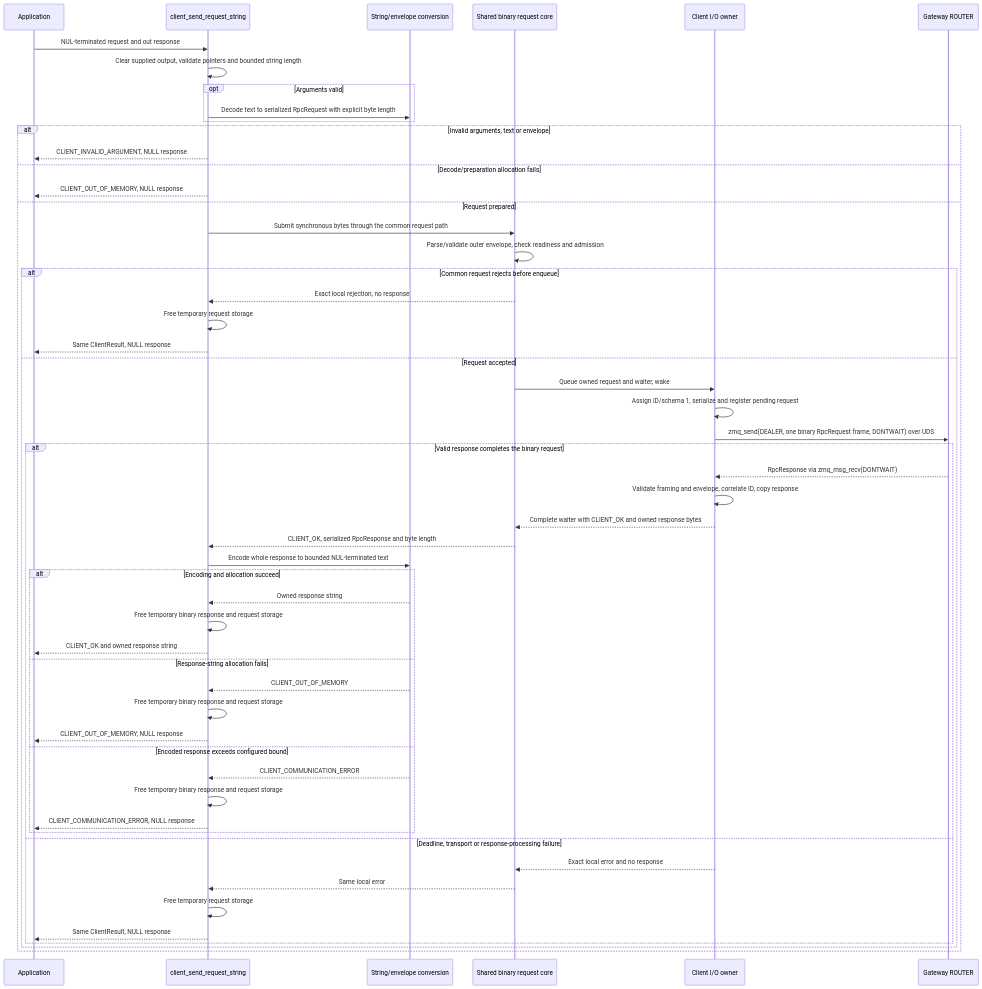
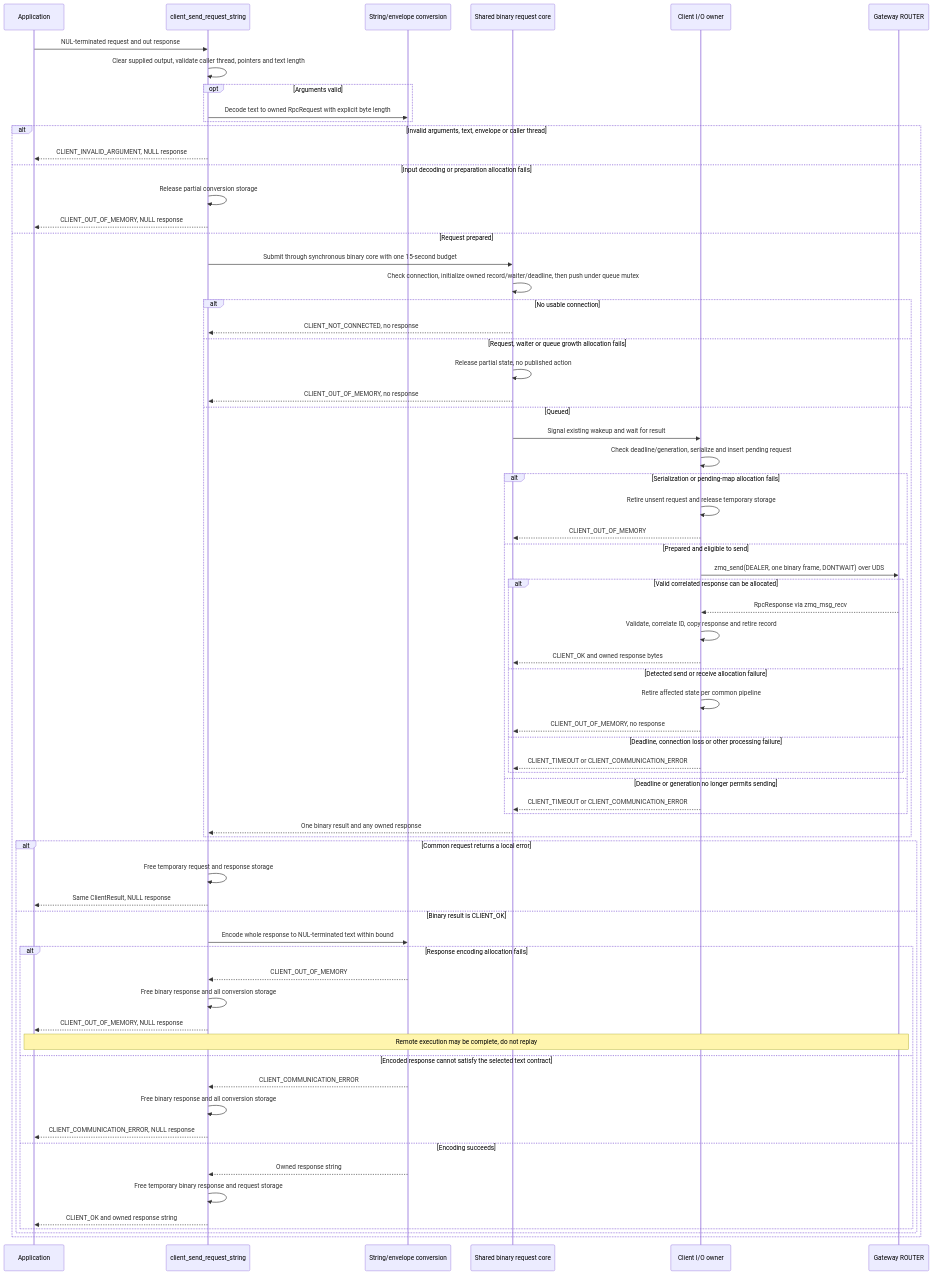
Before and after one commit to rdkcentral/eyil-secure-gateway: the tenth of 30 diagrams in doc/EyilSecureGateway.md, drawn with Mermaid. The commit also changed other lines of this file and 1 other file, not shown here.

Commit message:
RDKEMW-27976: Remove QEUE_FULL erro as not needed

````diff
--- a/doc/EyilSecureGateway.md
+++ b/doc/EyilSecureGateway.md
@@ -1400,56 +1585,71 @@
 ```mermaid
 sequenceDiagram
     participant A as Application
     participant API as client_send_request_string
     participant CODEC as String/envelope conversion
     participant B as Shared binary request core
     participant IO as Client I/O owner
     participant G as Gateway ROUTER
     A->>API: NUL-terminated request and out response
-    API->>API: Clear supplied output, validate pointers and bounded string length
+    API->>API: Clear supplied output, validate caller thread, pointers and text length
     opt Arguments valid
-        API->>CODEC: Decode text to serialized RpcRequest with explicit byte length
+        API->>CODEC: Decode text to owned RpcRequest with explicit byte length
     end
-    alt Invalid arguments, text or envelope
+    alt Invalid arguments, text, envelope or caller thread
         API-->>A: CLIENT_INVALID_ARGUMENT, NULL response
-    else Decode/preparation allocation fails
+    else Input decoding or preparation allocation fails
+        API->>API: Release partial conversion storage
         API-->>A: CLIENT_OUT_OF_MEMORY, NULL response
     else Request prepared
-        API->>B: Submit synchronous bytes through the common request path
-        B->>B: Parse/validate outer envelope, check readiness and admission
-        alt Common request rejects before enqueue
-            B-->>API: Exact local rejection, no response
-            API->>API: Free temporary request storage
+        API->>B: Submit through synchronous binary core with one 15-second budget
+        B->>B: Check connection, initialize owned record/waiter/deadline, then push under queue mutex
+        alt No usable connection
+            B-->>API: CLIENT_NOT_CONNECTED, no response
+        else Request, waiter or queue growth allocation fails
+            B->>B: Release partial state, no published action
+            B-->>API: CLIENT_OUT_OF_MEMORY, no response
+        else Queued
+            B->>IO: Signal existing wakeup and wait for result
+            IO->>IO: Check deadline/generation, serialize and insert pending request
+            alt Serialization or pending-map allocation fails
+                IO->>IO: Retire unsent request and release temporary storage
+                IO-->>B: CLIENT_OUT_OF_MEMORY
+            else Prepared and eligible to send
+                IO->>G: zmq_send(DEALER, one binary frame, DONTWAIT) over UDS
+                alt Valid correlated response can be allocated
+                    G-->>IO: RpcResponse via zmq_msg_recv
+                    IO->>IO: Validate, correlate ID, copy response and retire record
+                    IO-->>B: CLIENT_OK and owned response bytes
+                else Detected send or receive allocation failure
+                    IO->>IO: Retire affected state per common pipeline
+                    IO-->>B: CLIENT_OUT_OF_MEMORY, no response
+                else Deadline, connection loss or other processing failure
+                    IO-->>B: CLIENT_TIMEOUT or CLIENT_COMMUNICATION_ERROR
+                end
+            else Deadline or generation no longer permits sending
+                IO-->>B: CLIENT_TIMEOUT or CLIENT_COMMUNICATION_ERROR
+            end
+            B-->>API: One binary result and any owned response
+        end
+        alt Common request returns a local error
+            API->>API: Free temporary request and response storage
             API-->>A: Same ClientResult, NULL response
-        else Request accepted
-            B->>IO: Queue owned request and waiter, wake
-            IO->>IO: Assign ID/schema 1, serialize and register pending request
-            IO->>G: zmq_send(DEALER, one binary RpcRequest frame, DONTWAIT) over UDS
-            alt Valid response completes the binary request
-                G-->>IO: RpcResponse via zmq_msg_recv(DONTWAIT)
-                IO->>IO: Validate framing and envelope, correlate ID, copy response
-                IO-->>B: Complete waiter with CLIENT_OK and owned response bytes
-                B-->>API: CLIENT_OK, serialized RpcResponse and byte length
-                API->>CODEC: Encode whole response to bounded NUL-terminated text
-                alt Encoding and allocation succeed
-                    CODEC-->>API: Owned response string
-                    API->>API: Free temporary binary response and request storage
-                    API-->>A: CLIENT_OK and owned response string
-                else Response-string allocation fails
-                    CODEC-->>API: CLIENT_OUT_OF_MEMORY
-                    API->>API: Free temporary binary response and request storage
-                    API-->>A: CLIENT_OUT_OF_MEMORY, NULL response
-                else Encoded response exceeds configured bound
-                    CODEC-->>API: CLIENT_COMMUNICATION_ERROR
-                    API->>API: Free temporary binary response and request storage
-                    API-->>A: CLIENT_COMMUNICATION_ERROR, NULL response
-                end
-            else Deadline, transport or response-processing failure
-                IO-->>B: Exact local error and no response
-                B-->>API: Same local error
-                API->>API: Free temporary request storage
-                API-->>A: Same ClientResult, NULL response
+        else Binary result is CLIENT_OK
+            API->>CODEC: Encode whole response to NUL-terminated text within bound
+            alt Response encoding allocation fails
+                CODEC-->>API: CLIENT_OUT_OF_MEMORY
+                API->>API: Free binary response and all conversion storage
+                API-->>A: CLIENT_OUT_OF_MEMORY, NULL response
+                Note over A,G: Remote execution may be complete, do not replay
+            else Encoded response cannot satisfy the selected text contract
+                CODEC-->>API: CLIENT_COMMUNICATION_ERROR
+                API->>API: Free binary response and all conversion storage
+                API-->>A: CLIENT_COMMUNICATION_ERROR, NULL response
+            else Encoding succeeds
+                CODEC-->>API: Owned response string
+                API->>API: Free temporary binary response and request storage
+                API-->>A: CLIENT_OK and owned response string
             end
         end
     end
 ```
````
